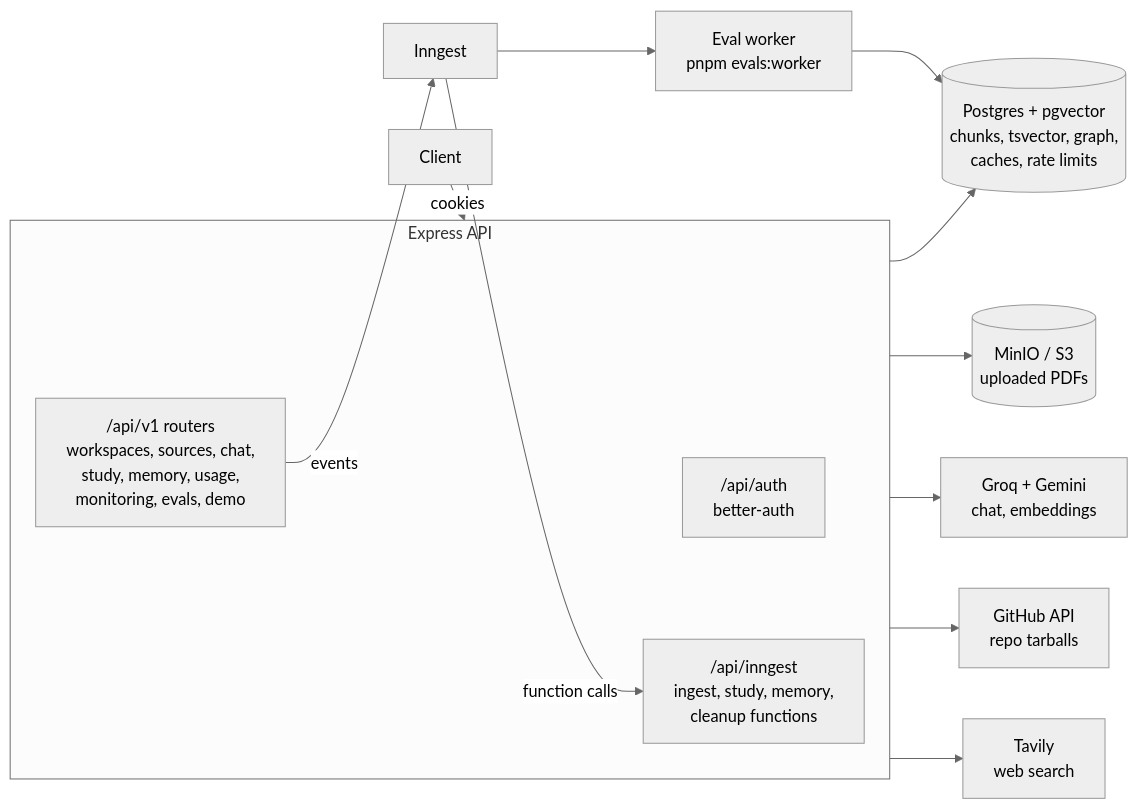
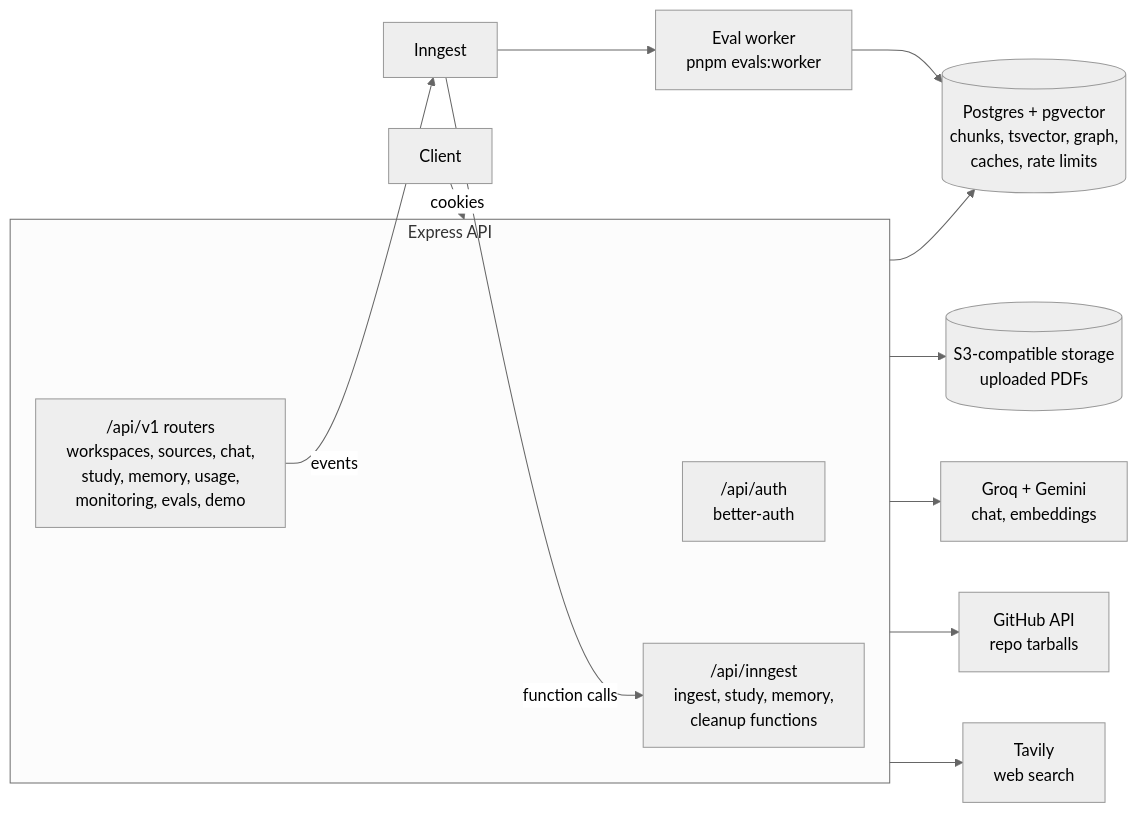
The first of 3 diagrams in README.md (girishthedecent/codebook), drawn with Mermaid (neutral theme) before and after one commit. The commit also changed other lines of this file and 3 other files, not shown here.

````diff
--- a/README.md
+++ b/README.md
@@ -49,21 +49,21 @@
 ```mermaid
 flowchart LR
   client[Client] -->|cookies| api
 
   subgraph api[Express API]
     auth["/api/auth<br/>better-auth"]
     v1["/api/v1 routers<br/>workspaces, sources, chat,<br/>study, memory, usage,<br/>monitoring, evals, demo"]
     ing["/api/inngest<br/>ingest, study, memory,<br/>cleanup functions"]
   end
 
   inngest[Inngest] -->|function calls| ing
   v1 -->|events| inngest
   api --> pg[(Postgres + pgvector<br/>chunks, tsvector, graph,<br/>caches, rate limits)]
-  api --> minio[(MinIO / S3<br/>uploaded PDFs)]
+  api --> s3[(S3-compatible storage<br/>uploaded PDFs)]
   api --> llm[Groq + Gemini<br/>chat, embeddings]
   api --> gh[GitHub API<br/>repo tarballs]
   api --> web[Tavily<br/>web search]
 
   worker[Eval worker<br/>pnpm evals:worker] --> pg
   inngest --> worker
 ```
````
